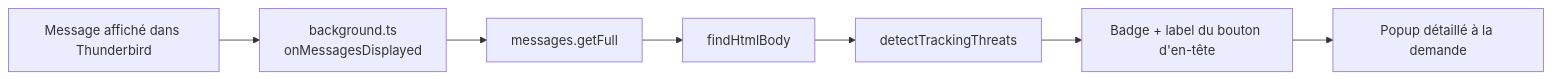
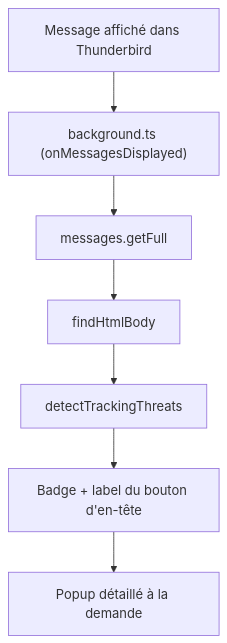
One commit to vincentfqt/thunderbird-pixel-detector changed the diagram in README.md. Above: the diagram before and after it, drawn with Mermaid.

Commit message:
docs: fix README mermaid diagram

````diff
--- a/README.md
+++ b/README.md
@@ -96,9 +96,9 @@
 ```mermaid
-flowchart LR
-    A[Message affiché dans Thunderbird] --> B[background.ts<br/>onMessagesDisplayed]
-    B --> C[messages.getFull]
-    C --> D[findHtmlBody]
-    D --> E[detectTrackingThreats]
-    E --> F[Badge + label du bouton d'en-tête]
-    F --> G[Popup détaillé à la demande]
+flowchart TD
+    A["Message affiché dans Thunderbird"] --> B["background.ts (onMessagesDisplayed)"]
+    B --> C["messages.getFull"]
+    C --> D["findHtmlBody"]
+    D --> E["detectTrackingThreats"]
+    E --> F["Badge + label du bouton d'en-tête"]
+    F --> G["Popup détaillé à la demande"]
 ```
````
